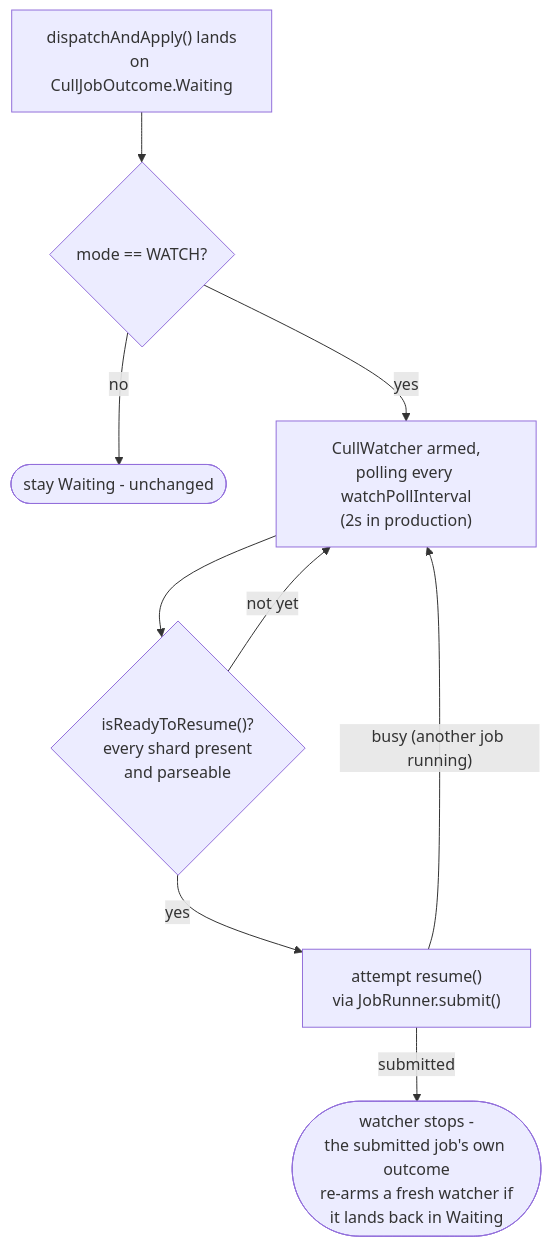
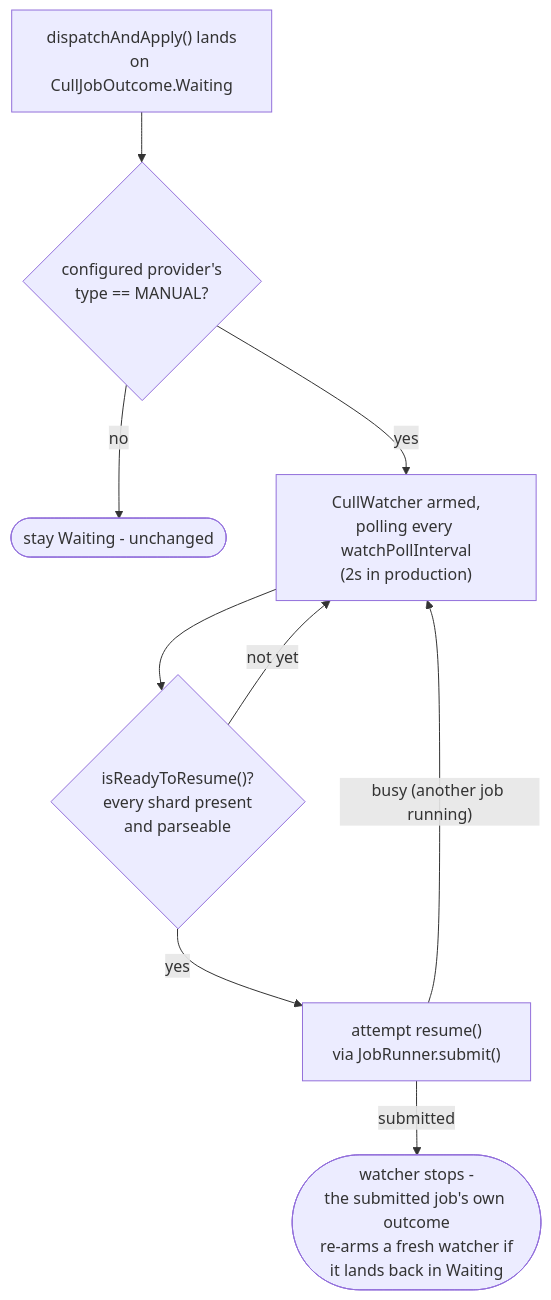
One commit to AdrianNachev91/sluice changed the third of 3 diagrams in app/docs/design/application/service/cull-engine.md. Above: the diagram before and after it, drawn with Mermaid. The commit also changed other lines of this file and 162 other files, not shown here.

````diff
--- a/app/docs/design/application/service/cull-engine.md
+++ b/app/docs/design/application/service/cull-engine.md
@@ -341,11 +342,11 @@
 ```mermaid
 flowchart TD
-    A["dispatchAndApply() lands<br/>on CullJobOutcome.Waiting"] --> B{"mode == WATCH?"}
+    A["dispatchAndApply() lands<br/>on CullJobOutcome.Waiting"] --> B{"configured provider's<br/>type == MANUAL?"}
     B -- "no" --> Z(["stay Waiting - unchanged"])
     B -- "yes" --> C["CullWatcher armed,<br/>polling every watchPollInterval<br/>(2s in production)"]
     C --> D{"isReadyToResume()?<br/>every shard present<br/>and parseable"}
     D -- "not yet" --> C
     D -- "yes" --> G["attempt resume()<br/>via JobRunner.submit()"]
     G -- "busy (another job running)" --> C
     G -- "submitted" --> H(["watcher stops -<br/>the submitted job's own outcome<br/>re-arms a fresh watcher if<br/>it lands back in Waiting"])
 ```
````
